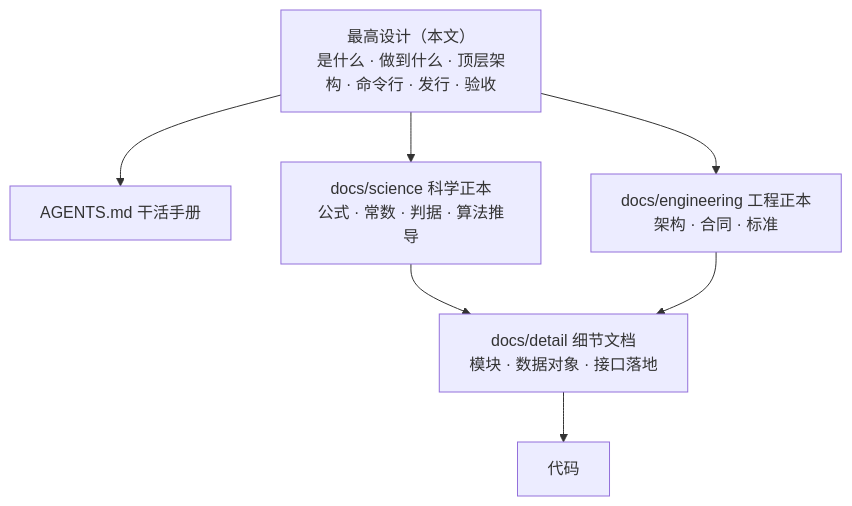
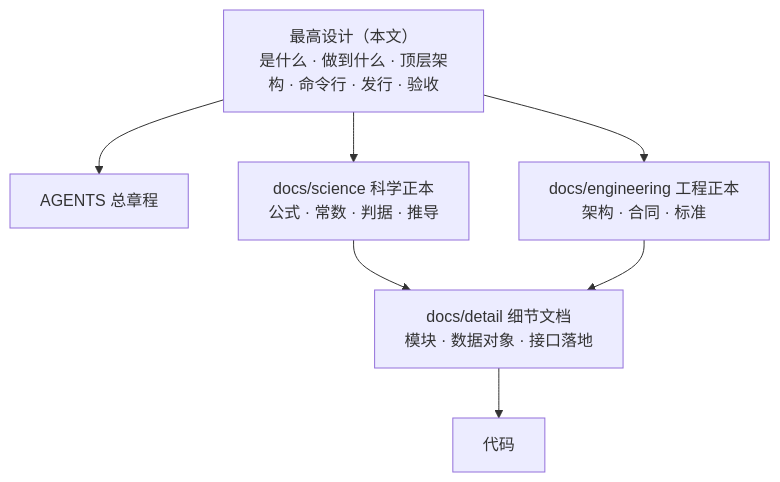
Before and after one commit to fujiaze/Astro-CS-Database: the first of 10 diagrams in docs/ACSD_DESIGN.md, drawn with Mermaid. The commit also changed other lines of this file and 1 other file, not shown here.

````diff
--- a/docs/ACSD_DESIGN.md
+++ b/docs/ACSD_DESIGN.md
@@ -7,15 +7,15 @@
 ```mermaid
 flowchart TD
     D["最高设计（本文）<br/>是什么 · 做到什么 · 顶层架构 · 命令行 · 发行 · 验收"]
-    A["AGENTS.md 干活手册"]
-    S["docs/science 科学正本<br/>公式 · 常数 · 判据 · 算法推导"]
+    A["AGENTS 总章程"]
+    S["docs/science 科学正本<br/>公式 · 常数 · 判据 · 推导"]
     E["docs/engineering 工程正本<br/>架构 · 合同 · 标准"]
     X["docs/detail 细节文档<br/>模块 · 数据对象 · 接口落地"]
     C["代码"]
     D --> A
     D --> S
     D --> E
     S --> X
     E --> X
     X --> C
 ```
````
